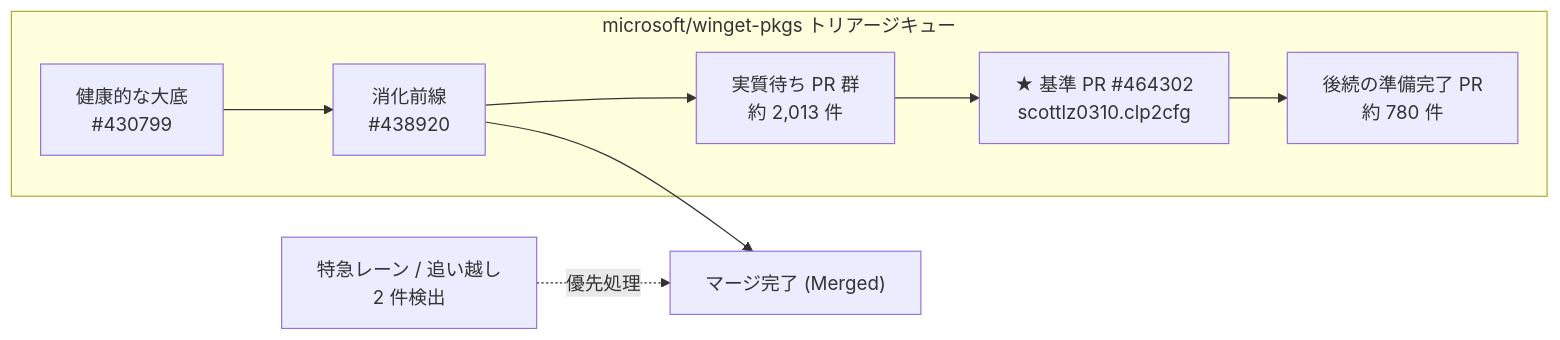
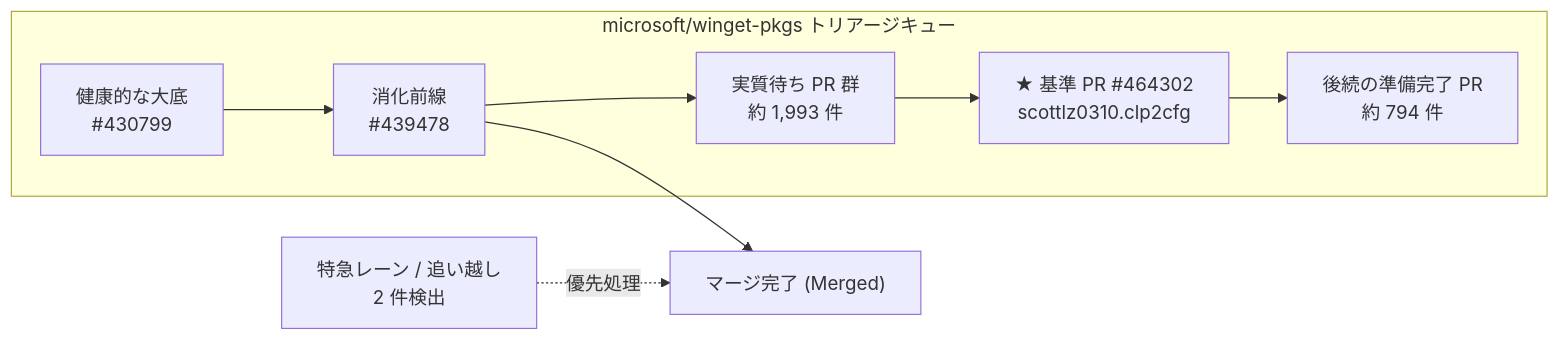
Before and after one commit to scottlz0310/winget-observatory: the diagram in SUMMARY.md, drawn with Mermaid. The commit also changed other lines of this file and 4 other files, not shown here.

````diff
--- a/SUMMARY.md
+++ b/SUMMARY.md
@@ -21,11 +21,11 @@
 ```mermaid
 flowchart LR
     subgraph Queue ["microsoft/winget-pkgs トリアージキュー"]
-        HB["健康的な大底<br/>#430799"] --> Front["消化前線<br/>#438920"]
-        Front --> Ahead["実質待ち PR 群<br/>約 2,013 件"]
+        HB["健康的な大底<br/>#430799"] --> Front["消化前線<br/>#439478"]
+        Front --> Ahead["実質待ち PR 群<br/>約 1,993 件"]
         Ahead --> Target["★ 基準 PR #464302<br/>scottlz0310.clp2cfg"]
-        Target --> Behind["後続の準備完了 PR<br/>約 780 件"]
+        Target --> Behind["後続の準備完了 PR<br/>約 794 件"]
     end
     Front --> Merged["マージ完了 (Merged)"]
     Express["特急レーン / 追い越し<br/>2 件検出"] -.->|優先処理| Merged
 ```
````
